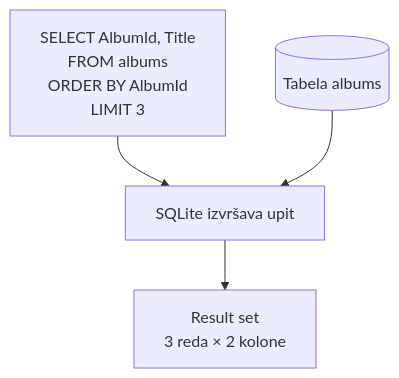
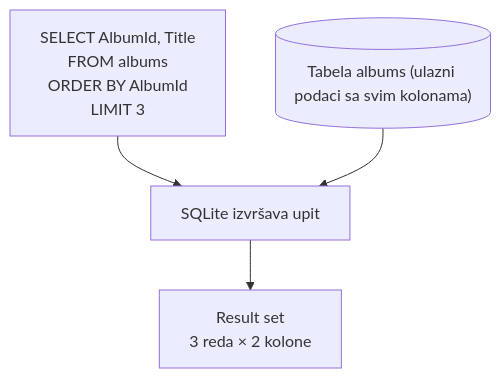
Before and after one commit to josip-pavlovic-dev/fast-api-portfolio: the second of 2 diagrams in fast-api-course-my-work/sqlite_for_beginners/02_retriving_data_and_manipulating_data/01_sqlite_select_statement.md, drawn with Mermaid. The commit also changed other lines of this file and 3 other files, not shown here.

````diff
--- a/fast-api-course-my-work/sqlite_for_beginners/02_retriving_data_and_manipulating_data/01_sqlite_select_statement.md
+++ b/fast-api-course-my-work/sqlite_for_beginners/02_retriving_data_and_manipulating_data/01_sqlite_select_statement.md
@@ -164,7 +164,7 @@
 ```mermaid
 flowchart TB
     sql["SELECT AlbumId, Title<br/>FROM albums<br/>ORDER BY AlbumId<br/>LIMIT 3"]
     sql --> sqlite["SQLite izvršava upit"]
-    table[("Tabela albums")] --> sqlite
-    sqlite --> result["Result set<br/>3 reda × 2 kolone"]
+    table[("Tabela albums (ulazni podaci sa svim kolonama)")] --> sqlite
+    sqlite["SQLite izvršava upit"] --> result["Result set<br/>3 reda × 2 kolone"]
 ```
````
